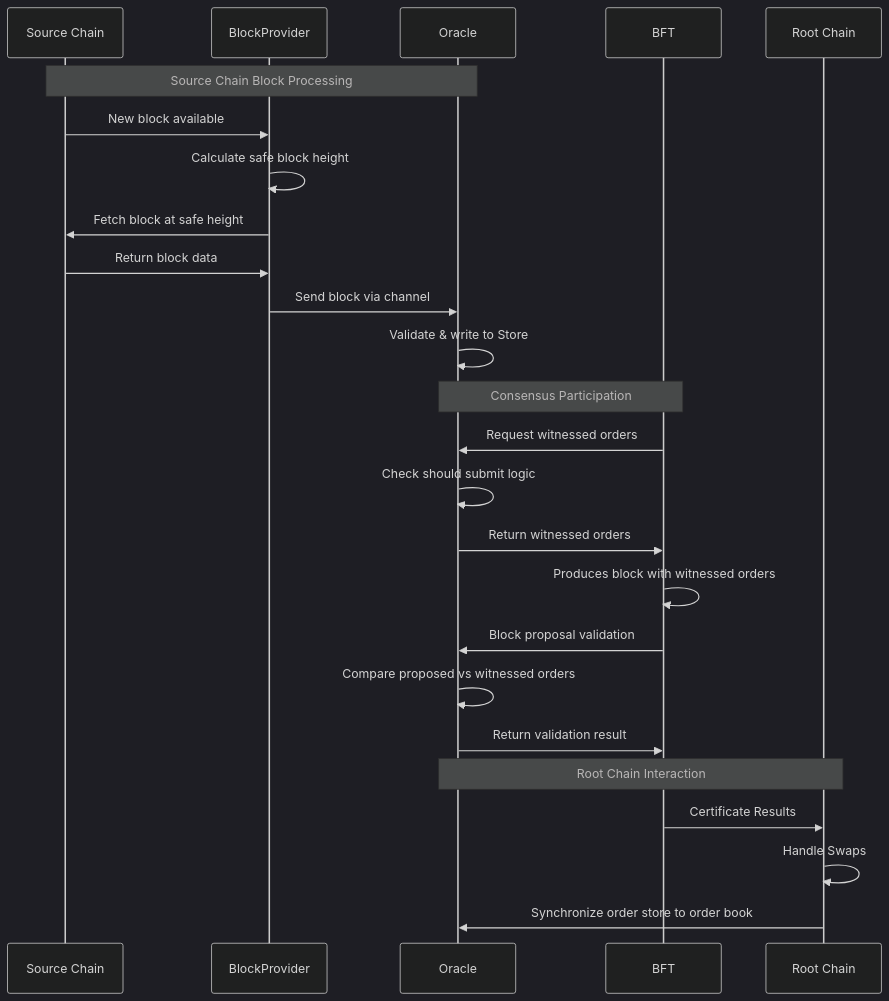
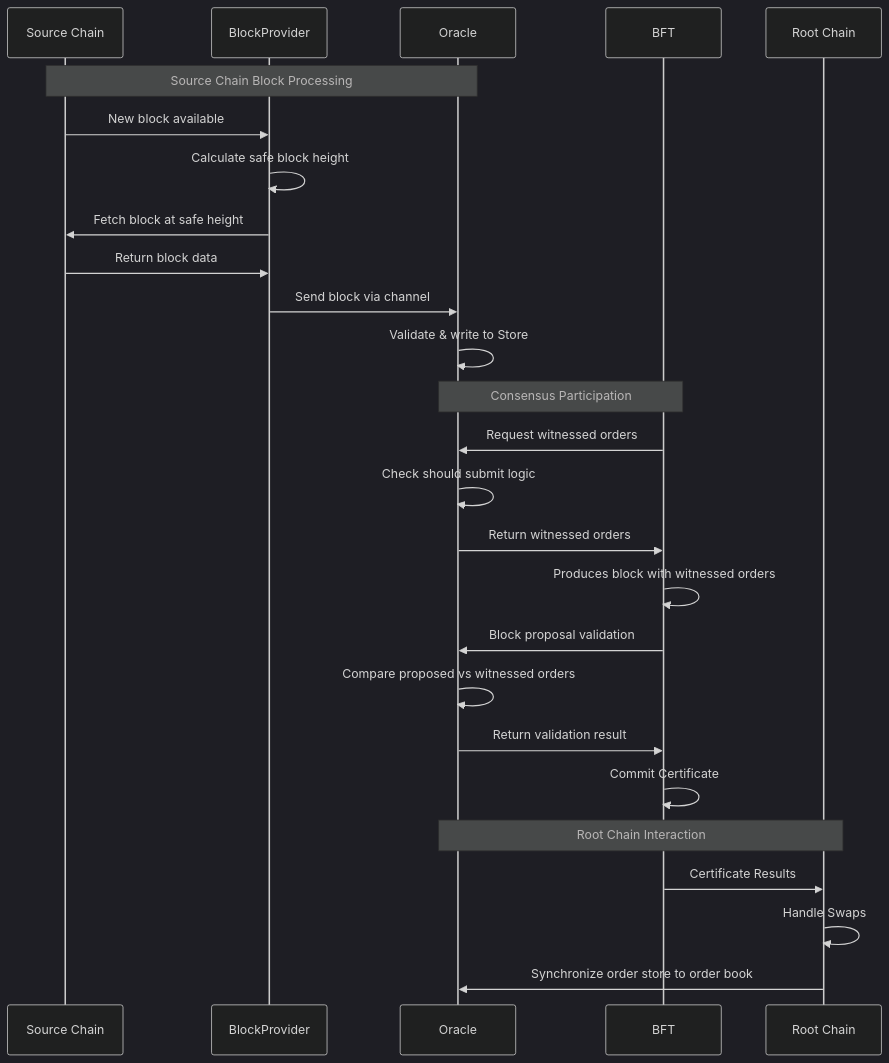
One commit to canopy-network/canopy changed the diagram in cmd/rpc/oracle/ORACLE_FLOW.md. Above: the diagram before and after it, drawn with Mermaid (dark theme).

````diff
--- a/cmd/rpc/oracle/ORACLE_FLOW.md
+++ b/cmd/rpc/oracle/ORACLE_FLOW.md
@@ -9,37 +9,38 @@
 ```mermaid
 sequenceDiagram
     participant SC as Source Chain
     participant BP as BlockProvider
     participant O as Oracle
     participant BFT as BFT
     participant RC as Root Chain
 
     Note over SC,O: Source Chain Block Processing
     %% Block retrieval and processing
     SC->>BP: New block available
     BP->>BP: Calculate safe block height
     BP->>SC: Fetch block at safe height
     SC->>BP: Return block data
     BP->>O: Send block via channel
     
     %% Oracle block processing
     O->>O: Validate & write to Store
     
     Note over BFT,O: Consensus Participation
     %% BFT consensus integration
     BFT->>O: Request witnessed orders
     O->>O: Check should submit logic
     O->>BFT: Return witnessed orders
     BFT->>BFT: Produces block with witnessed orders
     
     %% Block proposal validation
     BFT->>O: Block proposal validation
     O->>O: Compare proposed vs witnessed orders
     O->>BFT: Return validation result
+    BFT->>BFT: Commit Certificate
     
     Note over O,RC: Root Chain Interaction
     %% Root Chain interaction
     BFT->>RC: Certificate Results
     RC->>RC: Handle Swaps
     RC->>O: Synchronize order store to order book
 ```
````
